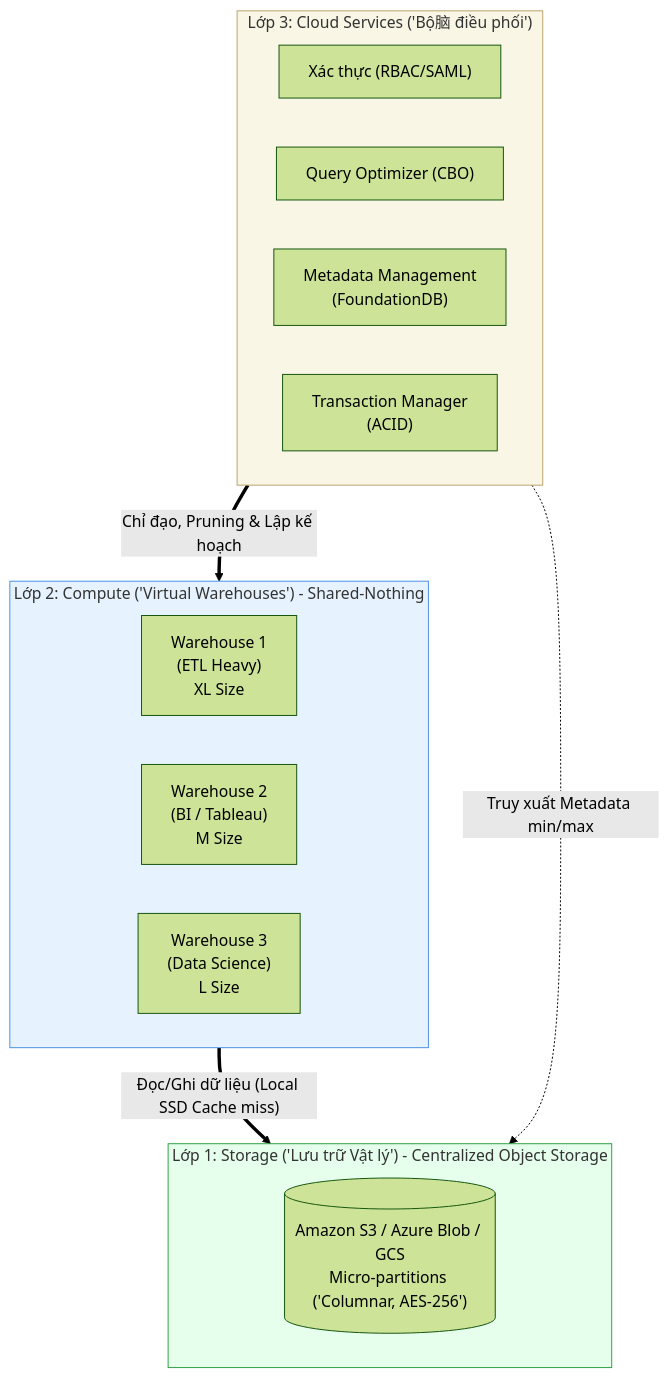
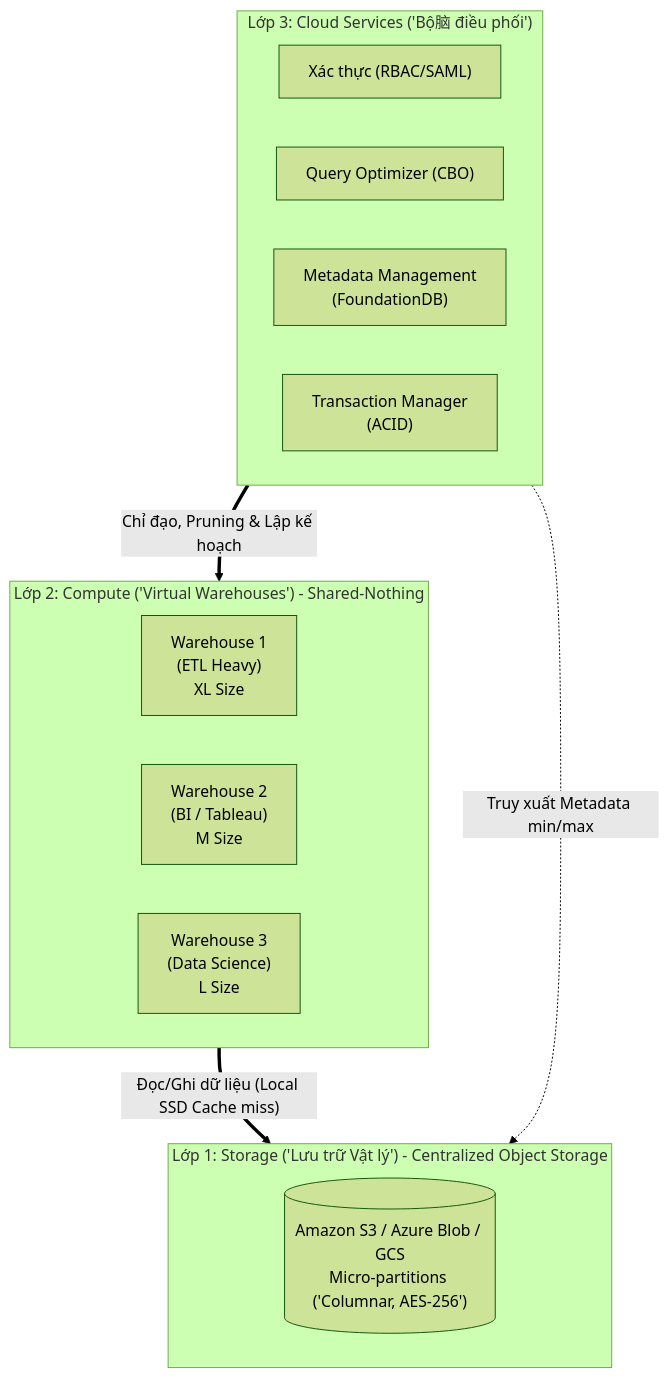
Before and after one commit to kythuatdulieu/kythuatdulieu.github.io: the diagram in src/content/docs/concepts/3-storage-engines-formats/snowflake.md, drawn with Mermaid (forest theme). The commit also changed 682 other files, not shown here.

````diff
--- a/src/content/docs/concepts/3-storage-engines-formats/snowflake.md
+++ b/src/content/docs/concepts/3-storage-engines-formats/snowflake.md
@@ -22,30 +22,29 @@
 ```mermaid
 flowchart TD
     subgraph CloudServices["Lớp 3: Cloud Services ('Bộ脑 điều phối')"]
         direction LR
         A["Xác thực (RBAC/SAML)"]
         B["Query Optimizer (CBO)"]
         C["Metadata Management<br>(FoundationDB)"]
         D["Transaction Manager<br>(ACID)"]
     end
     
     subgraph Compute["Lớp 2: Compute ('Virtual Warehouses') - Shared-Nothing"]
         direction LR
         WH1["Warehouse 1<br>(ETL Heavy)<br>XL Size"]
         WH2["Warehouse 2<br>(BI / Tableau)<br>M Size"]
         WH3["Warehouse 3<br>(Data Science)<br>L Size"]
     end
     
     subgraph Storage["Lớp 1: Storage ('Lưu trữ Vật lý') - Centralized Object Storage"]
         direction LR
         S3[("Amazon S3 / Azure Blob / GCS<br>Micro-partitions ('Columnar, AES-256')")]
     end
 
     CloudServices ==>|Chỉ đạo, Pruning & Lập kế hoạch| Compute
     Compute ==>|"Đọc/Ghi dữ liệu (Local SSD Cache miss)"| Storage
     CloudServices -.->|Truy xuất Metadata min/max| Storage
-    
-    style CloudServices fill:#f9f6e5,stroke:#b8a36c
-    style Compute fill:#e6f3ff,stroke:#4a90e2
-    style Storage fill:#e6ffed,stroke:#2ea043
+
+
+
 ```
````
